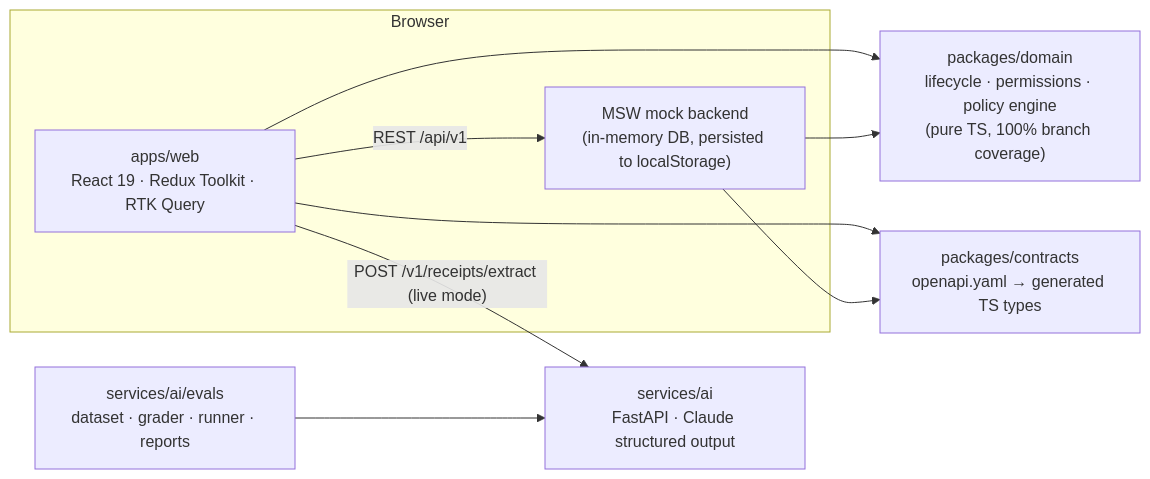
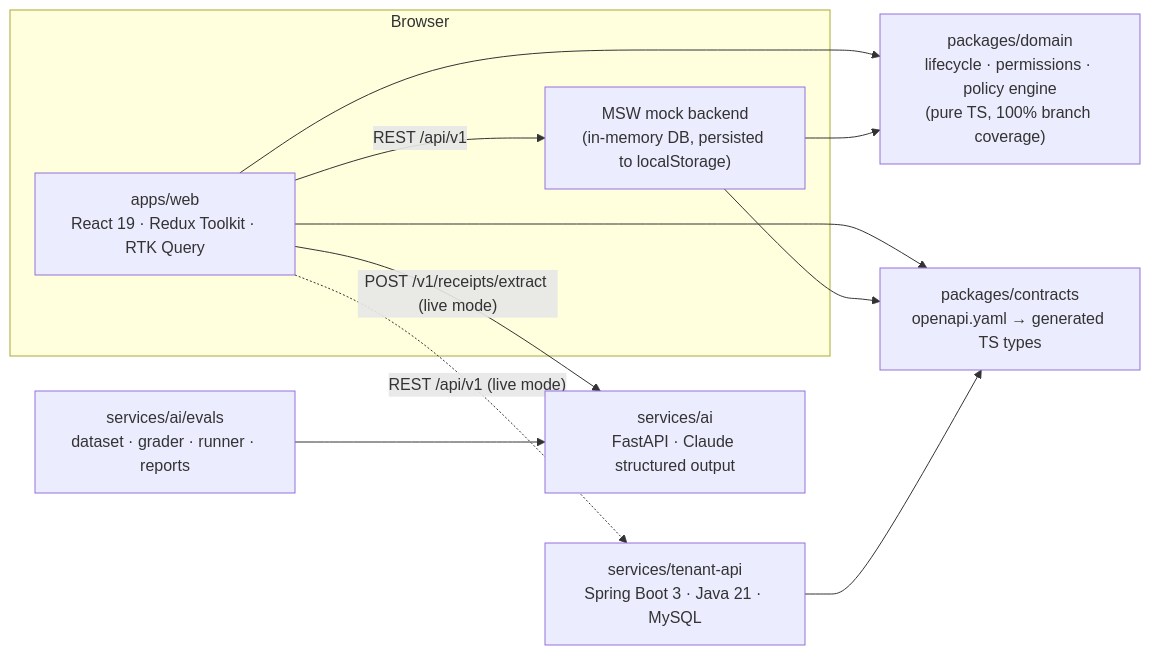
One commit to joaolucasmm/outlay-admin changed the diagram in README.md. Above: the diagram before and after it, drawn with Mermaid. The commit also changed other lines of this file and 4 other files, not shown here.

Commit message:
docs: ADR 0006, tenant API architecture, M8b in the roadmap

````diff
--- a/README.md
+++ b/README.md
@@ -21,19 +21,22 @@
 ```mermaid
 flowchart LR
   subgraph Browser
     WEB["apps/web<br/>React 19 · Redux Toolkit · RTK Query"]
     MSW["MSW mock backend<br/>(in-memory DB, persisted to localStorage)"]
   end
   CONTRACT["packages/contracts<br/>openapi.yaml → generated TS types"]
   DOMAIN["packages/domain<br/>lifecycle · permissions · policy engine<br/>(pure TS, 100% branch coverage)"]
   AI["services/ai<br/>FastAPI · Claude structured output"]
+  JAVA["services/tenant-api<br/>Spring Boot 3 · Java 21 · MySQL"]
   EVALS["services/ai/evals<br/>dataset · grader · runner · reports"]
 
   WEB -- "REST /api/v1" --> MSW
+  WEB -. "REST /api/v1 (live mode)" .-> JAVA
   WEB -- "POST /v1/receipts/extract (live mode)" --> AI
   WEB --> DOMAIN
   MSW --> DOMAIN
   WEB --> CONTRACT
   MSW --> CONTRACT
   EVALS --> AI
+  JAVA --> CONTRACT
 ```
````
